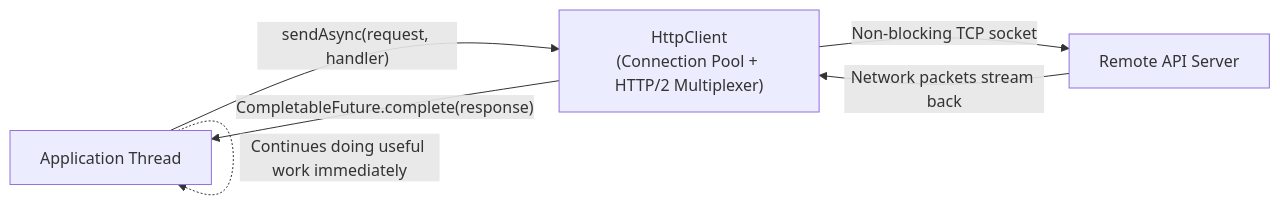
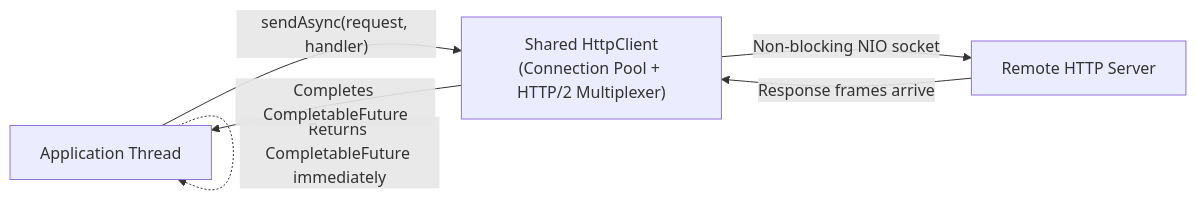
One commit to ravishankar2463/java_hub changed the second of 2 diagrams in content/roadmap/level-2/modern-core-apis.md. Above: the diagram before and after it, drawn with Mermaid. The commit also changed other lines of this file and 119 other files, not shown here.

Commit message:
feat: add comprehensive java learning roadmap content across multiple levels

````diff
--- a/content/roadmap/level-2/modern-core-apis.md
+++ b/content/roadmap/level-2/modern-core-apis.md
@@ -320,12 +314,12 @@
 ```mermaid
 flowchart LR
     Caller["Application Thread"]
-    Client["HttpClient<br/>(Connection Pool + HTTP/2 Multiplexer)"]
-    Server["Remote API Server"]
+    Client["Shared HttpClient<br/>(Connection Pool + HTTP/2 Multiplexer)"]
+    Server["Remote HTTP Server"]
 
     Caller -->|"sendAsync(request, handler)"| Client
-    Client -->|"Non-blocking TCP socket"| Server
-    Caller -.->|"Continues doing useful work immediately"| Caller
-    Server -->|"Network packets stream back"| Client
-    Client -->|"CompletableFuture.complete(response)"| Caller
+    Client -->|"Non-blocking NIO socket"| Server
+    Caller -.->|"Returns CompletableFuture immediately"| Caller
+    Server -->|"Response frames arrive"| Client
+    Client -->|"Completes CompletableFuture"| Caller
 ```
````
